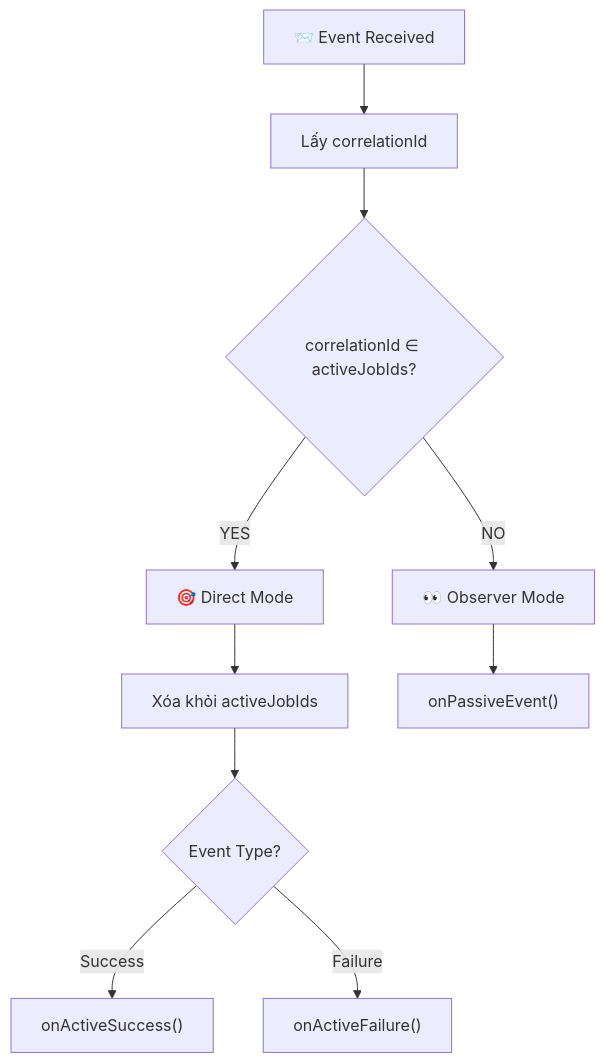
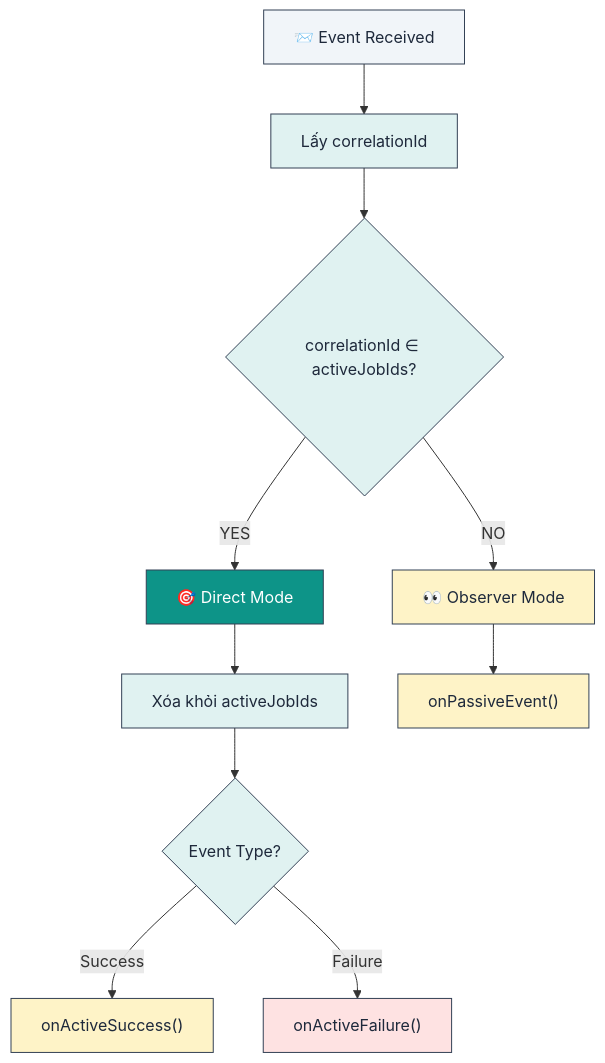
Before and after one commit to lploc94/flutter_orchestrator: the ninth of 13 diagrams in book/vi/chapters/03_core_implementation.md, drawn with Mermaid. The commit also changed other lines of this file and 3 other files, not shown here.

````diff
--- a/book/vi/chapters/03_core_implementation.md
+++ b/book/vi/chapters/03_core_implementation.md
@@ -207,15 +236,26 @@
 ```mermaid
 flowchart TD
     Event["📨 Event Received"] --> Extract["Lấy correlationId"]
     Extract --> Check{"correlationId ∈ activeJobIds?"}
     
     Check -->|"YES"| Direct["🎯 Direct Mode"]
     Check -->|"NO"| Observer["👀 Observer Mode"]
     
     Direct --> Remove["Xóa khỏi activeJobIds"]
     Remove --> TypeCheck{"Event Type?"}
     TypeCheck -->|"Success"| OnSuccess["onActiveSuccess()"]
     TypeCheck -->|"Failure"| OnFailure["onActiveFailure()"]
     
     Observer --> OnPassive["onPassiveEvent()"]
+    
+    style Event fill:#f1f5f9,stroke:#334155,color:#1e293b
+    style Extract fill:#e0f2f1,stroke:#334155,color:#1e293b
+    style Check fill:#e0f2f1,stroke:#334155,color:#1e293b
+    style Direct fill:#0d9488,stroke:#334155,color:#ffffff
+    style Observer fill:#fef3c7,stroke:#334155,color:#1e293b
+    style Remove fill:#e0f2f1,stroke:#334155,color:#1e293b
+    style TypeCheck fill:#e0f2f1,stroke:#334155,color:#1e293b
+    style OnSuccess fill:#fef3c7,stroke:#334155,color:#1e293b
+    style OnFailure fill:#fee2e2,stroke:#334155,color:#1e293b
+    style OnPassive fill:#fef3c7,stroke:#334155,color:#1e293b
 ```
````
